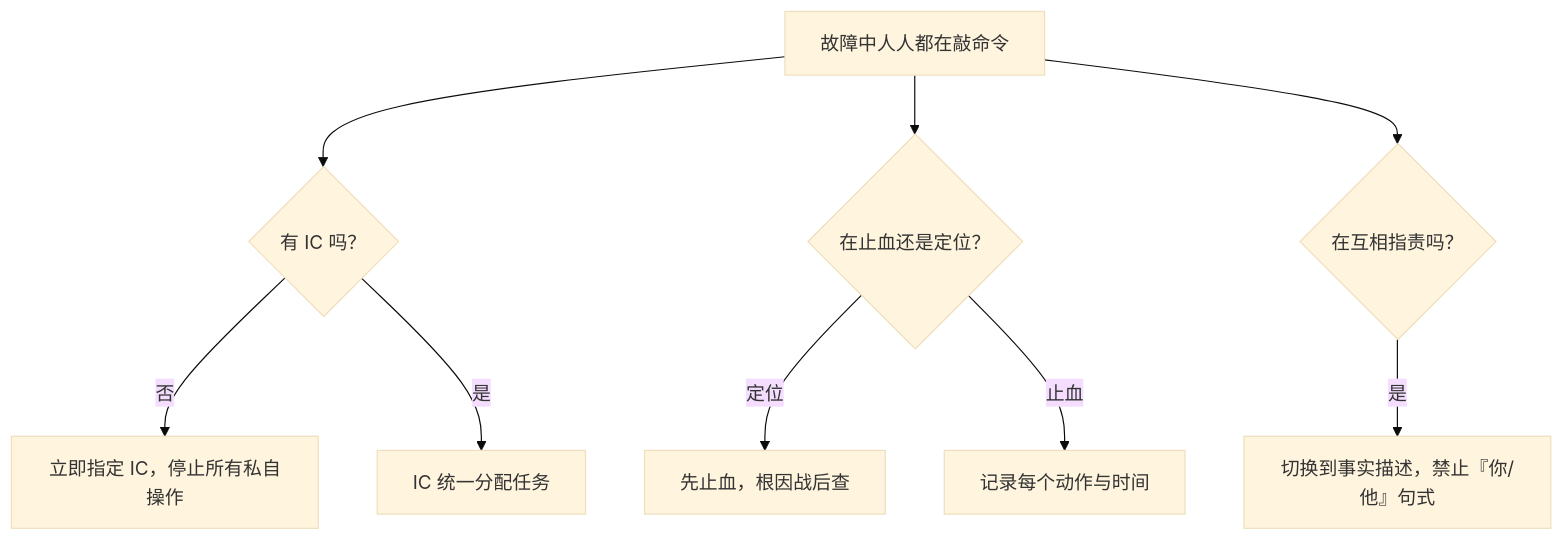
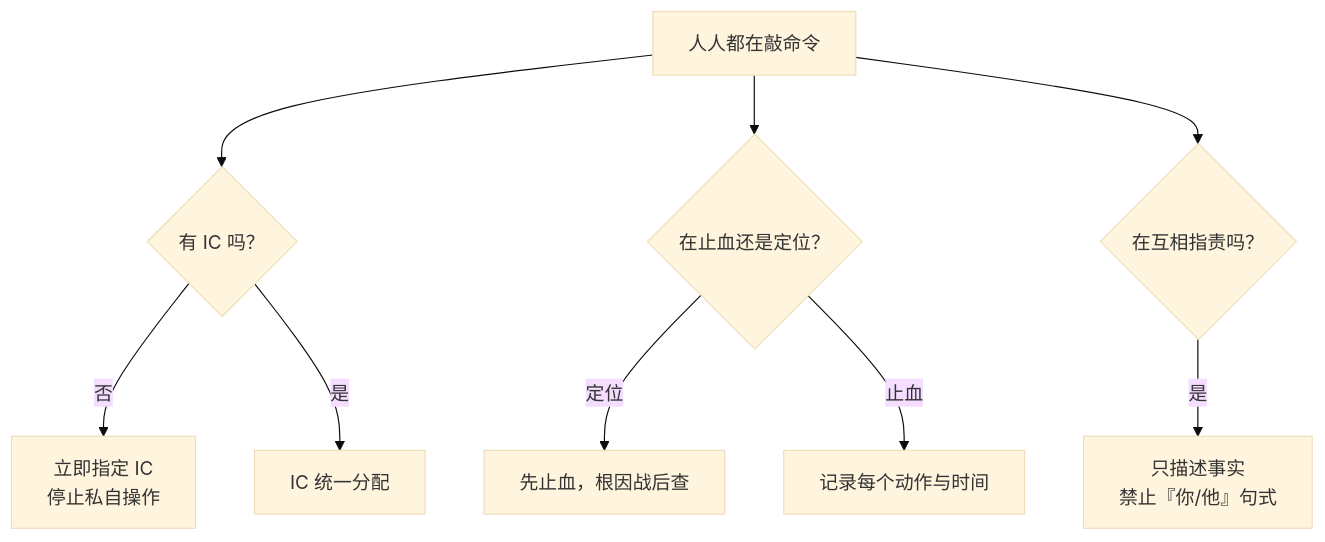
The third of 4 diagrams in 09-可观测性与SRE方法论/07-故障管理与复盘/知识点.md (ml-cuizijun/LearnToLilith), drawn with Mermaid (base theme) before and after one commit. The commit also changed other lines of this file and 178 other files, not shown here.

````diff
--- a/09-可观测性与SRE方法论/07-故障管理与复盘/知识点.md
+++ b/09-可观测性与SRE方法论/07-故障管理与复盘/知识点.md
@@ -465,11 +348,11 @@
 ```mermaid
 flowchart TB
-    A["故障中人人都在敲命令"] --> B{"有 IC 吗？"}
-    B -->|否| C["立即指定 IC，停止所有私自操作"]
-    B -->|是| D["IC 统一分配任务"]
+    A["人人都在敲命令"] --> B{"有 IC 吗？"}
+    B -->|否| C["立即指定 IC<br/>停止私自操作"]
+    B -->|是| D["IC 统一分配"]
     A --> E{"在止血还是定位？"}
     E -->|定位| F["先止血，根因战后查"]
     E -->|止血| G["记录每个动作与时间"]
     A --> H{"在互相指责吗？"}
-    H -->|是| I["切换到事实描述，禁止『你/他』句式"]
+    H -->|是| I["只描述事实<br/>禁止『你/他』句式"]
 ```
````
